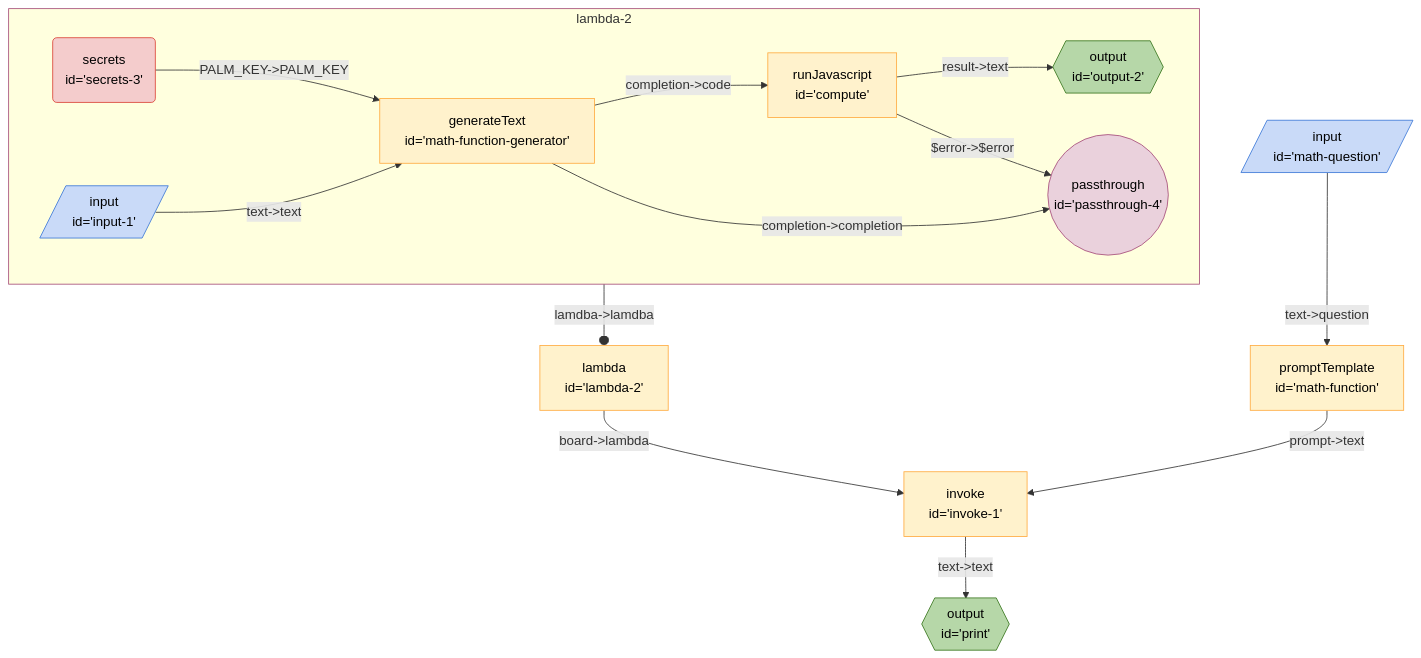
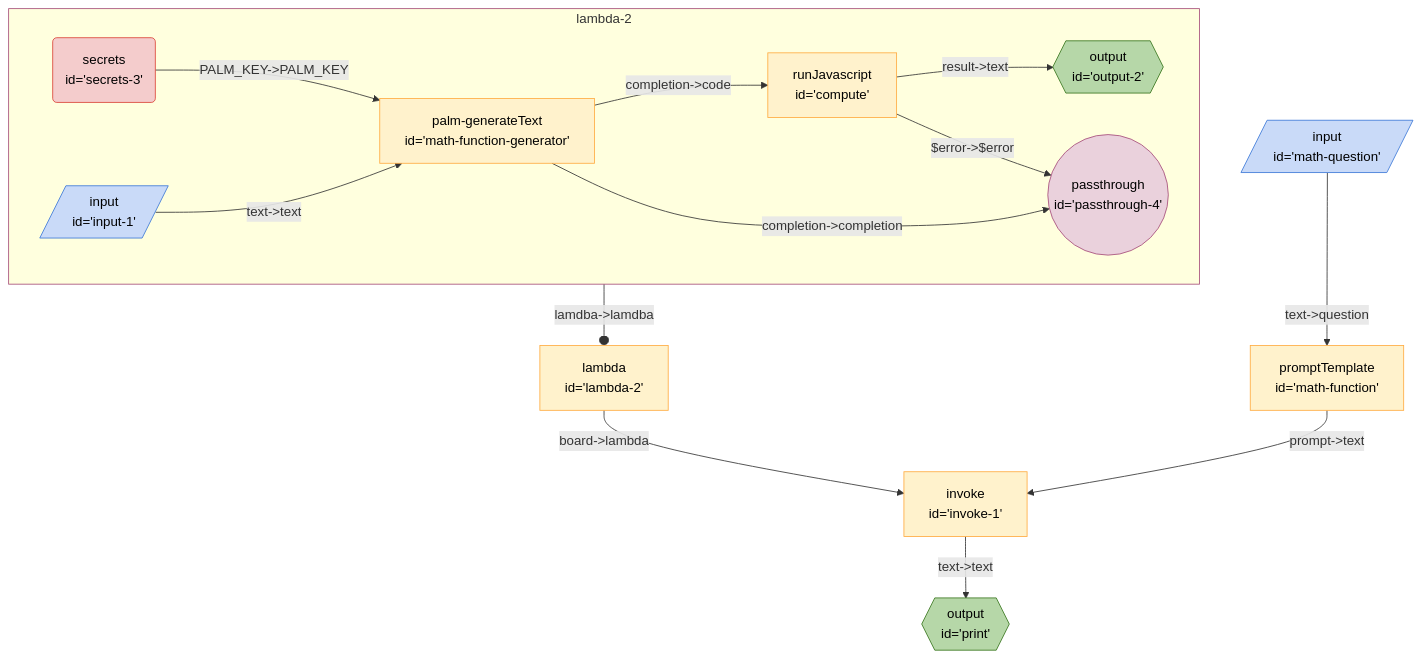
The diagram in seeds/graph-playground/docs/graphs/math-retry.md (breadboard-ai/breadboard), drawn with Mermaid before and after one commit. The commit also changed 55 other files, not shown here.

````diff
--- a/seeds/graph-playground/docs/graphs/math-retry.md
+++ b/seeds/graph-playground/docs/graphs/math-retry.md
@@ -5,26 +5,26 @@
   ```mermaid
   %%{init: 'themeVariables': { 'fontFamily': 'Fira Code, monospace' }}%%
 graph TD;
 lambda2["lambda <br> id='lambda-2'"] -- "board->lambda" --> invoke1["invoke <br> id='invoke-1'"]
 subgraph sg_lambda2 [lambda-2]
-lambda2_secrets3("secrets <br> id='secrets-3'"):::secrets -- "PALM_KEY->PALM_KEY" --> lambda2_mathfunctiongenerator["generateText <br> id='math-function-generator'"]
-lambda2_input1[/"input <br> id='input-1'"/]:::input -- "text->text" --> lambda2_mathfunctiongenerator["generateText <br> id='math-function-generator'"]
-lambda2_mathfunctiongenerator["generateText <br> id='math-function-generator'"] -- "completion->code" --> lambda2_compute["runJavascript <br> id='compute'"]
+lambda2_secrets3("secrets <br> id='secrets-3'"):::secrets -- "PALM_KEY->PALM_KEY" --> lambda2_mathfunctiongenerator["palm-generateText <br> id='math-function-generator'"]
+lambda2_input1[/"input <br> id='input-1'"/]:::input -- "text->text" --> lambda2_mathfunctiongenerator["palm-generateText <br> id='math-function-generator'"]
+lambda2_mathfunctiongenerator["palm-generateText <br> id='math-function-generator'"] -- "completion->code" --> lambda2_compute["runJavascript <br> id='compute'"]
 lambda2_compute["runJavascript <br> id='compute'"] -- "result->text" --> lambda2_output2{{"output <br> id='output-2'"}}:::output
 lambda2_compute["runJavascript <br> id='compute'"] -- "$error->$error" --> lambda2_passthrough4(("passthrough <br> id='passthrough-4'")):::passthrough
-lambda2_mathfunctiongenerator["generateText <br> id='math-function-generator'"] -- "completion->completion" --> lambda2_passthrough4(("passthrough <br> id='passthrough-4'")):::passthrough
+lambda2_mathfunctiongenerator["palm-generateText <br> id='math-function-generator'"] -- "completion->completion" --> lambda2_passthrough4(("passthrough <br> id='passthrough-4'")):::passthrough
 end
 sg_lambda2:::slotted -- "lamdba->lamdba" --o lambda2
 
 invoke1["invoke <br> id='invoke-1'"] -- "text->text" --> print{{"output <br> id='print'"}}:::output
 mathfunction["promptTemplate <br> id='math-function'"] -- "prompt->text" --> invoke1["invoke <br> id='invoke-1'"]
 mathquestion[/"input <br> id='math-question'"/]:::input -- "text->question" --> mathfunction["promptTemplate <br> id='math-function'"]
 classDef default stroke:#ffab40,fill:#fff2ccff,color:#000
 classDef input stroke:#3c78d8,fill:#c9daf8ff,color:#000
 classDef output stroke:#38761d,fill:#b6d7a8ff,color:#000
 classDef passthrough stroke:#a64d79,fill:#ead1dcff,color:#000
 classDef slot stroke:#a64d79,fill:#ead1dcff,color:#000
 classDef config stroke:#a64d79,fill:#ead1dcff,color:#000
 classDef secrets stroke:#db4437,fill:#f4cccc,color:#000
 classDef slotted stroke:#a64d79
   ```
````
